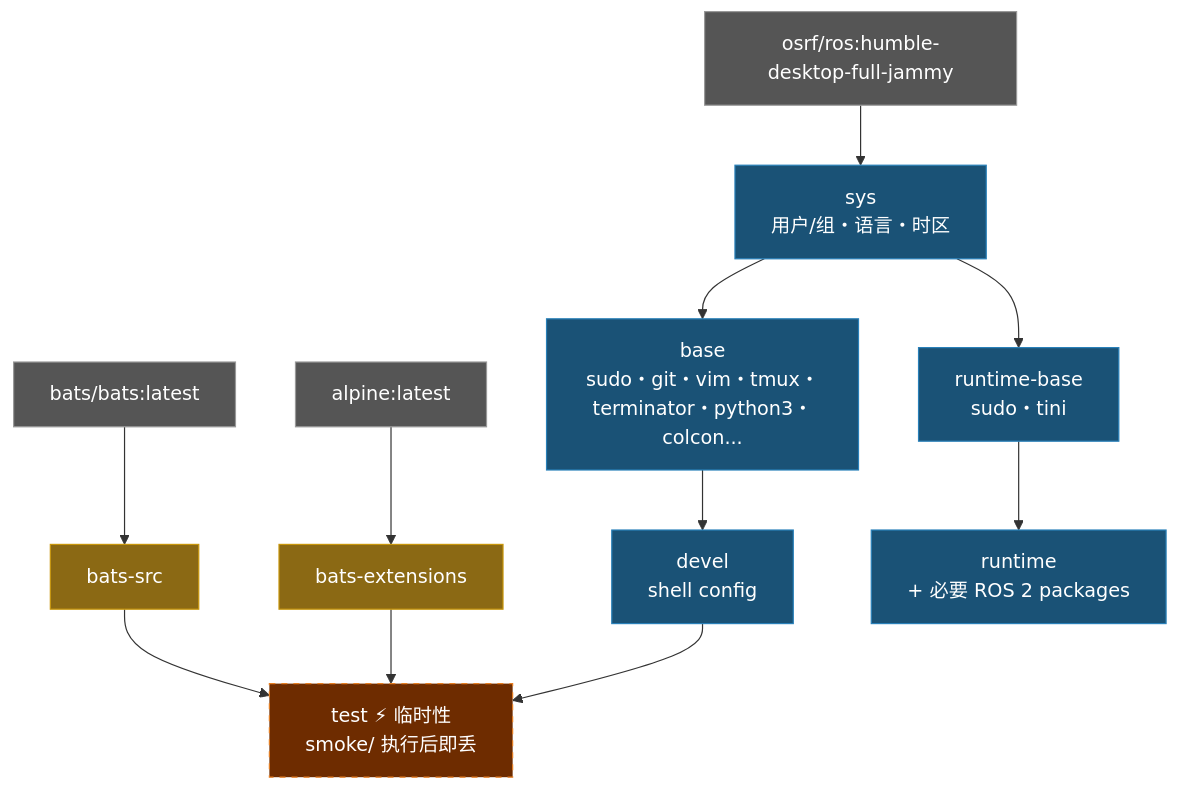
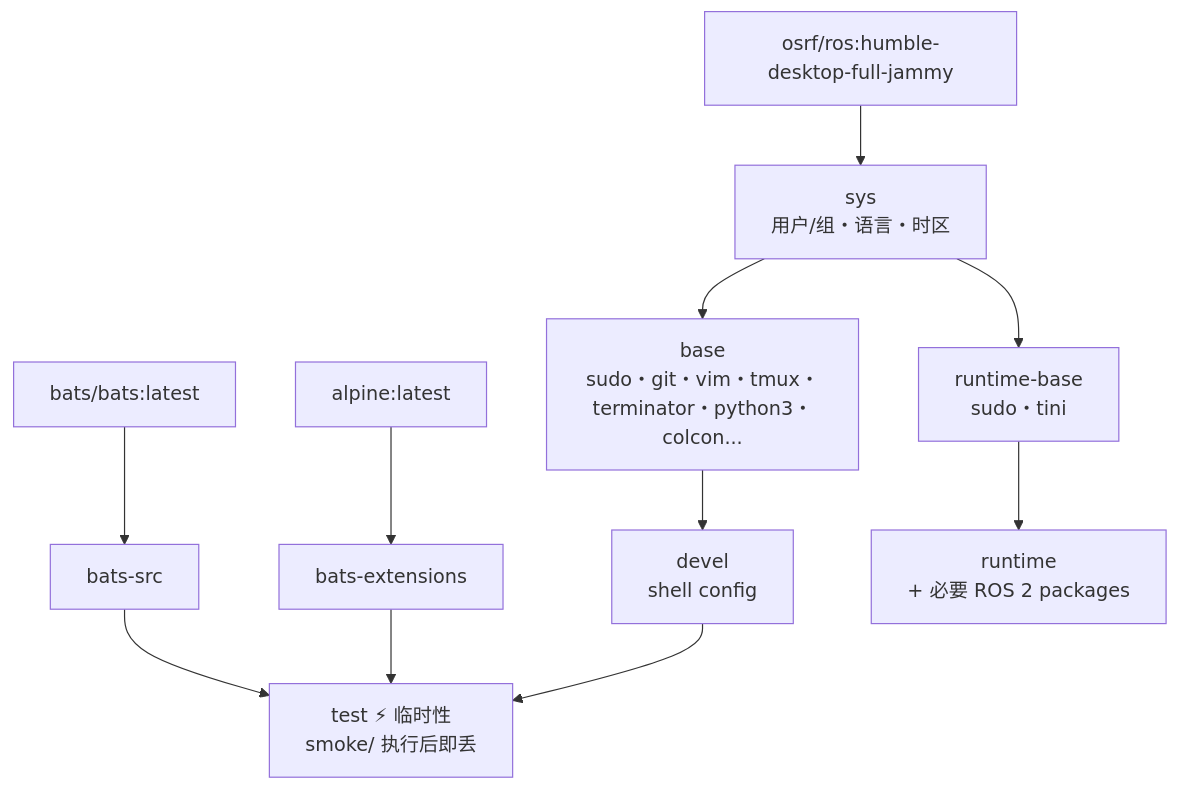
The diagram in doc/README.zh-CN.md (ycpss91255-docker/osrf_ros2_humble), drawn with Mermaid before and after one commit. The commit also changed 3 other files, not shown here.

Commit message:
docs: remove mermaid background colors from architecture diagrams (#25)

````diff
--- a/doc/README.zh-CN.md
+++ b/doc/README.zh-CN.md
@@ -235,26 +235,22 @@
 ```mermaid
 graph TD
-    EXT1["bats/bats:latest"]:::external
-    EXT2["alpine:latest"]:::external
-    EXT3["osrf/ros:humble-desktop-full-jammy"]:::external
+    EXT1["bats/bats:latest"]
+    EXT2["alpine:latest"]
+    EXT3["osrf/ros:humble-desktop-full-jammy"]
 
-    EXT1 --> bats-src["bats-src"]:::tool
-    EXT2 --> bats-ext["bats-extensions"]:::tool
+    EXT1 --> bats-src["bats-src"]
+    EXT2 --> bats-ext["bats-extensions"]
 
-    EXT3 --> sys["sys\n用户/组・语言・时区"]:::stage
+    EXT3 --> sys["sys\n用户/组・语言・时区"]
 
-    sys --> base["base\nsudo・git・vim・tmux・terminator・python3・colcon..."]:::stage
-    base --> devel["devel\nshell config"]:::stage
+    sys --> base["base\nsudo・git・vim・tmux・terminator・python3・colcon..."]
+    base --> devel["devel\nshell config"]
 
-    bats-src --> test["test  ⚡ 临时性\nsmoke/ 执行后即丢"]:::ephemeral
+    bats-src --> test["test  ⚡ 临时性\nsmoke/ 执行后即丢"]
     bats-ext --> test
     devel --> test
 
-    sys --> runtime-base["runtime-base\nsudo・tini"]:::stage
-    runtime-base --> runtime["runtime\n+ 必要 ROS 2 packages"]:::stage
+    sys --> runtime-base["runtime-base\nsudo・tini"]
+    runtime-base --> runtime["runtime\n+ 必要 ROS 2 packages"]
 
-    classDef external fill:#555,color:#fff,stroke:#999
-    classDef tool fill:#8B6914,color:#fff,stroke:#c8960c
-    classDef stage fill:#1a5276,color:#fff,stroke:#2980b9
-    classDef ephemeral fill:#6e2c00,color:#fff,stroke:#e67e22,stroke-dasharray:5 5
 ```
````
